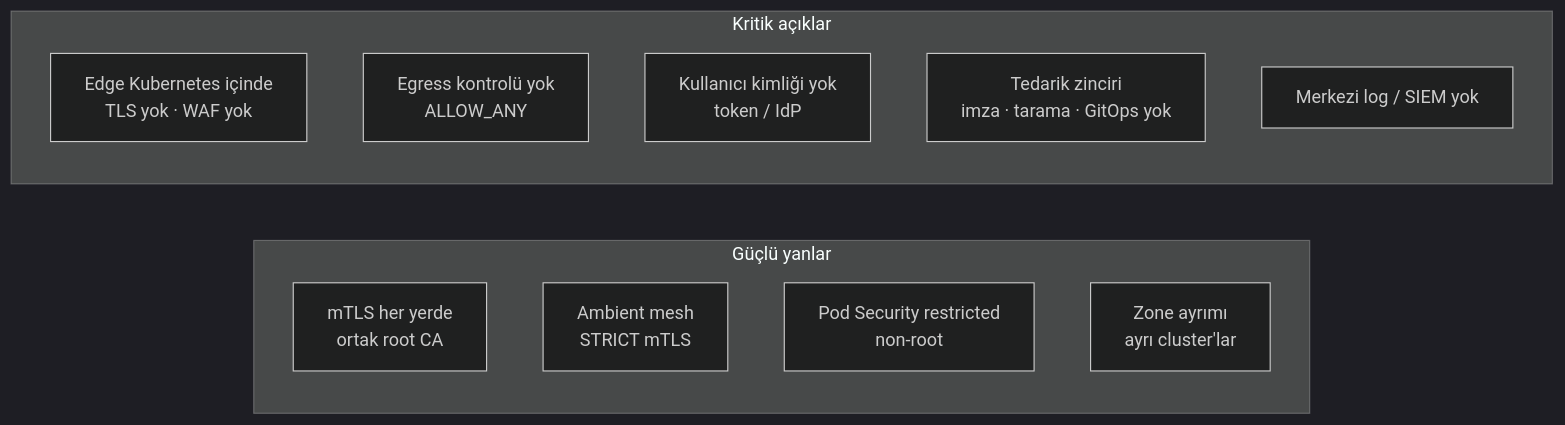
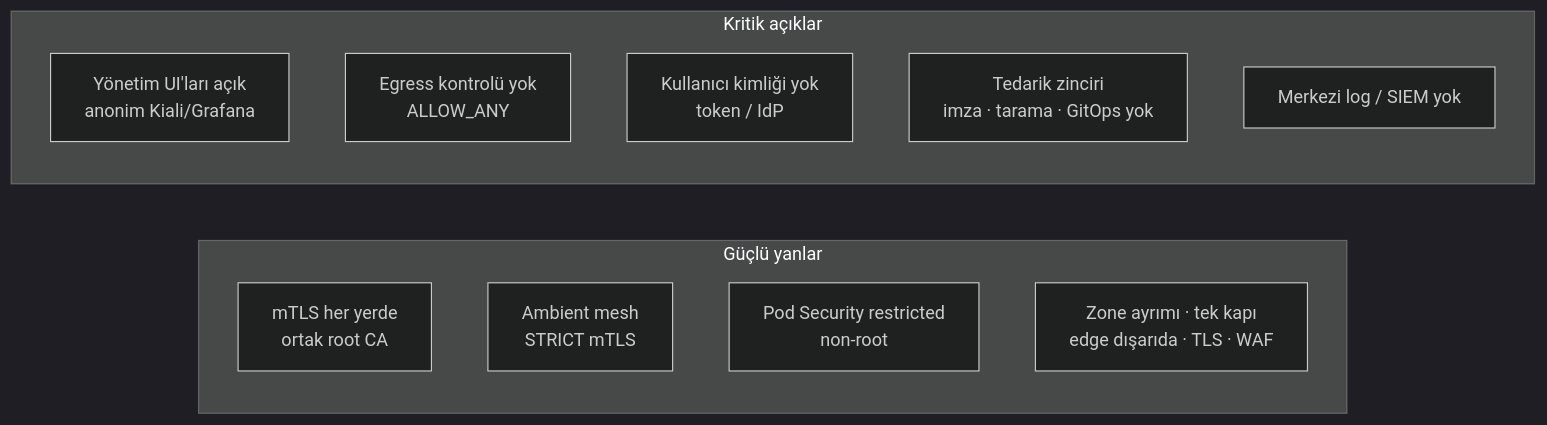
The first of 2 diagrams in docs/security-gap-analysis.md (olgunyldz/service-mesh-lab), drawn with Mermaid (dark theme) before and after one commit. The commit also changed other lines of this file and 26 other files, not shown here.

First line of the commit message:
Zone'lar: edge Kubernetes dışında (HAProxy + WAF), TLS, DMZ egress ile tek kapı

````diff
--- a/docs/security-gap-analysis.md
+++ b/docs/security-gap-analysis.md
@@ -37,16 +37,16 @@
 ```mermaid
 flowchart LR
     subgraph good["Güçlü yanlar"]
         g1["mTLS her yerde<br/>ortak root CA"]
         g2["Ambient mesh<br/>STRICT mTLS"]
         g3["Pod Security restricted<br/>non-root"]
-        g4["Zone ayrımı<br/>ayrı cluster'lar"]
+        g4["Zone ayrımı · tek kapı<br/>edge dışarıda · TLS · WAF"]
     end
     subgraph gap["Kritik açıklar"]
-        x1["Edge Kubernetes içinde<br/>TLS yok · WAF yok"]
+        x1["Yönetim UI'ları açık<br/>anonim Kiali/Grafana"]
         x2["Egress kontrolü yok<br/>ALLOW_ANY"]
         x3["Kullanıcı kimliği yok<br/>token / IdP"]
         x4["Tedarik zinciri<br/>imza · tarama · GitOps yok"]
         x5["Merkezi log / SIEM yok"]
     end
 ```
````
